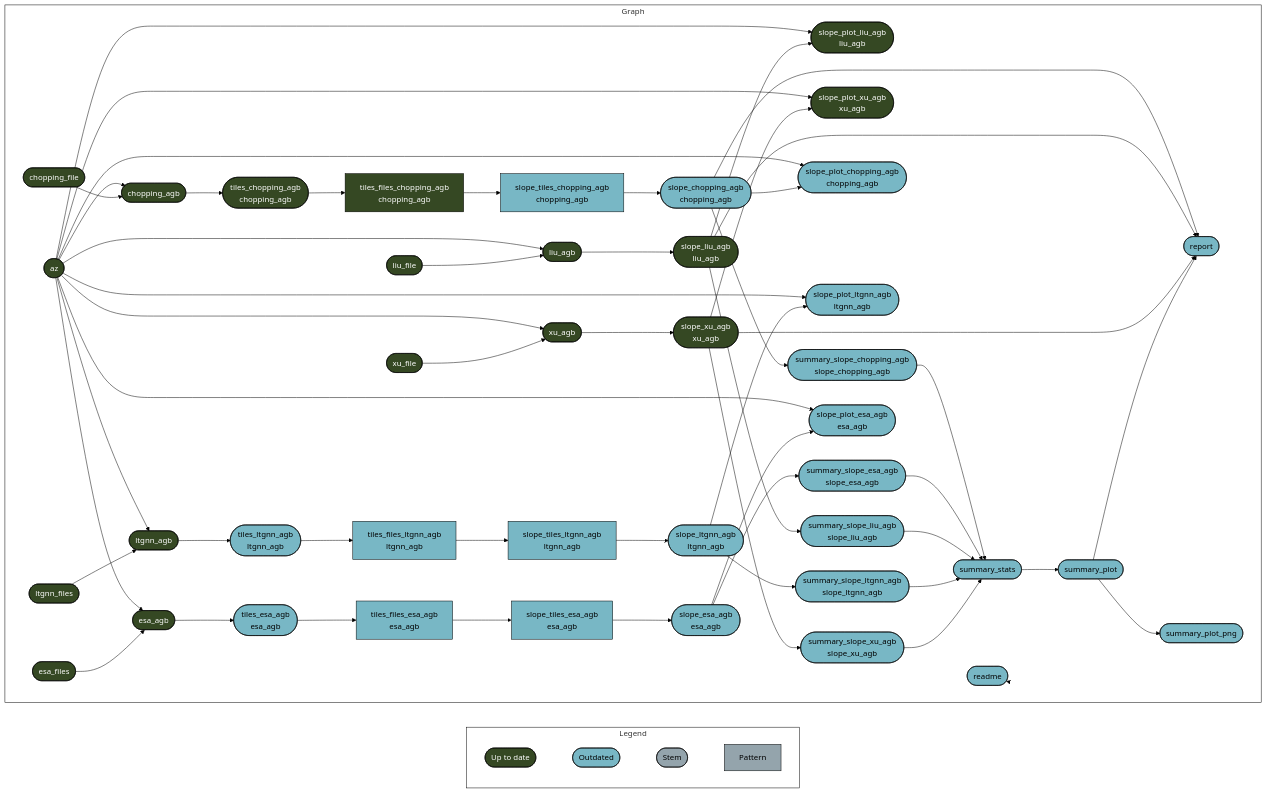
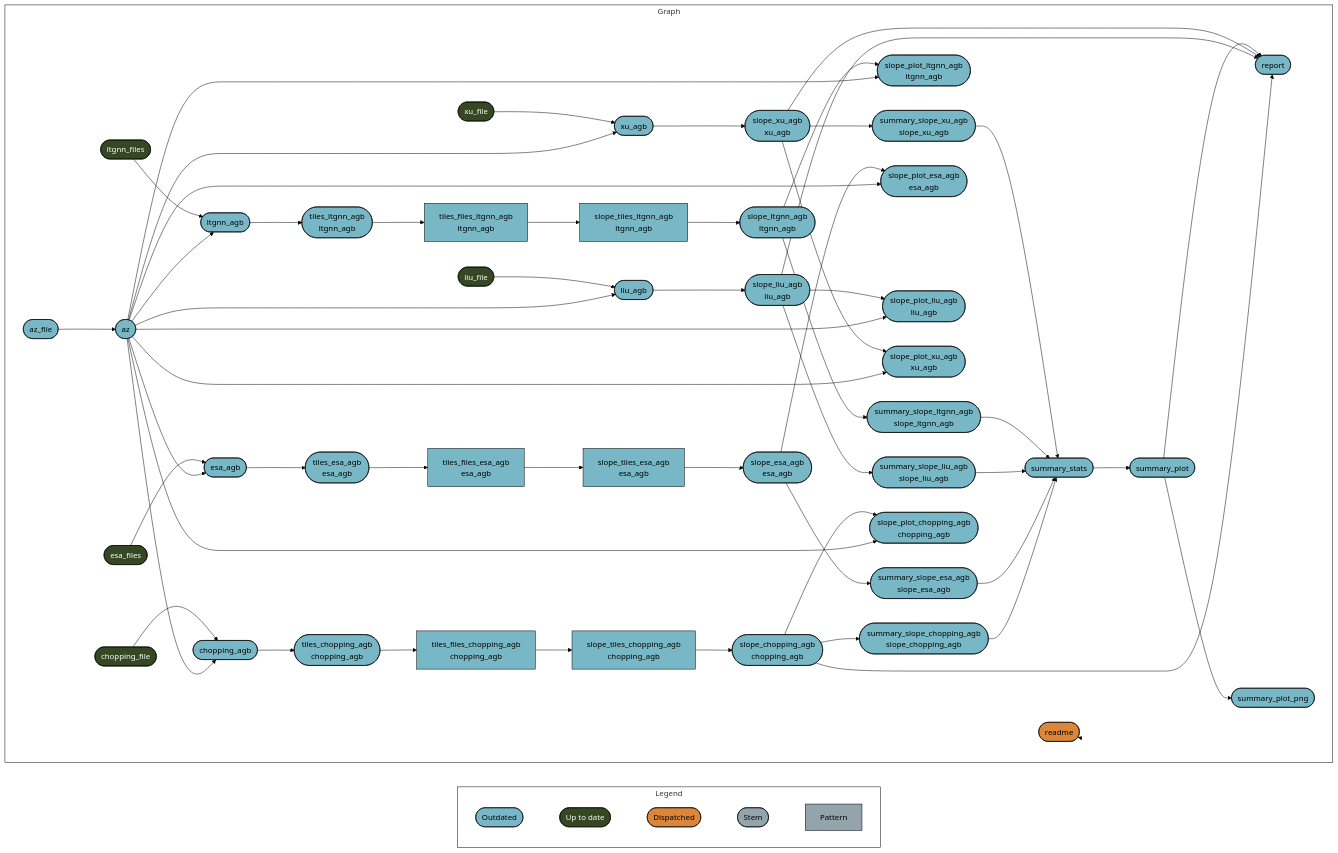
One commit to EcosystemEcologyLab/AZ-AGB-trend changed the diagram in README.md. Above: the diagram before and after it, drawn with Mermaid (forest theme). The commit also changed other lines of this file and 13 other files, not shown here.

````diff
--- a/README.md
+++ b/README.md
@@ -46,72 +48,76 @@
 ``` mermaid
 graph LR
   style Legend fill:#FFFFFF00,stroke:#000000;
   style Graph fill:#FFFFFF00,stroke:#000000;
   subgraph Legend
     direction LR
-    xf1522833a4d242c5([""Up to date""]):::uptodate --- x2db1ec7a48f65a9b([""Outdated""]):::outdated
-    x2db1ec7a48f65a9b([""Outdated""]):::outdated --- xd03d7c7dd2ddda2b([""Stem""]):::none
+    x2db1ec7a48f65a9b([""Outdated""]):::outdated --- xf1522833a4d242c5([""Up to date""]):::uptodate
+    xf1522833a4d242c5([""Up to date""]):::uptodate --- xb6630624a7b3aa0f([""Dispatched""]):::dispatched
+    xb6630624a7b3aa0f([""Dispatched""]):::dispatched --- xd03d7c7dd2ddda2b([""Stem""]):::none
     xd03d7c7dd2ddda2b([""Stem""]):::none --- x6f7e04ea3427f824[""Pattern""]:::none
   end
   subgraph Graph
     direction LR
-    xf99622c5fc8ef45a(["ltgnn_agb"]):::uptodate --> x7e3ed8ef27617b0c(["tiles_ltgnn_agb<br>ltgnn_agb"]):::outdated
-    xd175b91b13bd123d(["az"]):::uptodate --> x7b18c44a5b46e7c6(["slope_plot_liu_agb<br>liu_agb"]):::uptodate
-    x19861953fb240462(["slope_liu_agb<br>liu_agb"]):::uptodate --> x7b18c44a5b46e7c6(["slope_plot_liu_agb<br>liu_agb"]):::uptodate
-    xf4e158caecdccb15(["chopping_agb"]):::uptodate --> x6768884bc669c5f9(["tiles_chopping_agb<br>chopping_agb"]):::uptodate
-    xd175b91b13bd123d(["az"]):::uptodate --> xf99622c5fc8ef45a(["ltgnn_agb"]):::uptodate
-    x00f89745e3b925a1(["ltgnn_files"]):::uptodate --> xf99622c5fc8ef45a(["ltgnn_agb"]):::uptodate
-    x19861953fb240462(["slope_liu_agb<br>liu_agb"]):::uptodate --> x934c6d5503713b06(["summary_slope_liu_agb<br>slope_liu_agb"]):::outdated
+    x19861953fb240462(["slope_liu_agb<br>liu_agb"]):::outdated --> x934c6d5503713b06(["summary_slope_liu_agb<br>slope_liu_agb"]):::outdated
+    x9126df164c036a5c(["liu_agb"]):::outdated --> x19861953fb240462(["slope_liu_agb<br>liu_agb"]):::outdated
+    x7e3ed8ef27617b0c(["tiles_ltgnn_agb<br>ltgnn_agb"]):::outdated --> xd0c88814a818c03c["tiles_files_ltgnn_agb<br>ltgnn_agb"]:::outdated
+    x01a6772d1976e35e(["slope_ltgnn_agb<br>ltgnn_agb"]):::outdated --> xa16d430869e8e273(["summary_slope_ltgnn_agb<br>slope_ltgnn_agb"]):::outdated
+    xd175b91b13bd123d(["az"]):::outdated --> x7200ced56d430735(["slope_plot_ltgnn_agb<br>ltgnn_agb"]):::outdated
+    x01a6772d1976e35e(["slope_ltgnn_agb<br>ltgnn_agb"]):::outdated --> x7200ced56d430735(["slope_plot_ltgnn_agb<br>ltgnn_agb"]):::outdated
+    xd175b91b13bd123d(["az"]):::outdated --> x20b6251b56892c2a(["esa_agb"]):::outdated
+    x151ce04cb638b59b(["esa_files"]):::uptodate --> x20b6251b56892c2a(["esa_agb"]):::outdated
+    x2b62872927f90ba0(["slope_esa_agb<br>esa_agb"]):::outdated --> xb538f1edee56fb8e(["summary_slope_esa_agb<br>slope_esa_agb"]):::outdated
+    xd175b91b13bd123d(["az"]):::outdated --> x88a086ea53d4cf03(["slope_plot_esa_agb<br>esa_agb"]):::outdated
+    x2b62872927f90ba0(["slope_esa_agb<br>esa_agb"]):::outdated --> x88a086ea53d4cf03(["slope_plot_esa_agb<br>esa_agb"]):::outdated
+    xf12eae5dccac7288["tiles_files_esa_agb<br>esa_agb"]:::outdated --> xb8c4f257f8f5cc00["slope_tiles_esa_agb<br>esa_agb"]:::outdated
+    xd175b91b13bd123d(["az"]):::outdated --> x9126df164c036a5c(["liu_agb"]):::outdated
+    x19766d176d835c12(["liu_file"]):::uptodate --> x9126df164c036a5c(["liu_agb"]):::outdated
+    x1df925585a964a4f(["summary_stats"]):::outdated --> x000fd996de9c9b5d(["summary_plot"]):::outdated
+    xd175b91b13bd123d(["az"]):::outdated --> x7b18c44a5b46e7c6(["slope_plot_liu_agb<br>liu_agb"]):::outdated
+    x19861953fb240462(["slope_liu_agb<br>liu_agb"]):::outdated --> x7b18c44a5b46e7c6(["slope_plot_liu_agb<br>liu_agb"]):::outdated
+    x55cd1a25824d6c45(["xu_agb"]):::outdated --> x3bcb242414a73cf6(["slope_xu_agb<br>xu_agb"]):::outdated
+    xd175b91b13bd123d(["az"]):::outdated --> xc1dac2c05b606c65(["slope_plot_xu_agb<br>xu_agb"]):::outdated
+    x3bcb242414a73cf6(["slope_xu_agb<br>xu_agb"]):::outdated --> xc1dac2c05b606c65(["slope_plot_xu_agb<br>xu_agb"]):::outdated
+    x09b7490629889bf8["slope_tiles_chopping_agb<br>chopping_agb"]:::outdated --> x9035538e1c606cb6(["slope_chopping_agb<br>chopping_agb"]):::outdated
+    x4b1136645d9b9d11["slope_tiles_ltgnn_agb<br>ltgnn_agb"]:::outdated --> x01a6772d1976e35e(["slope_ltgnn_agb<br>ltgnn_agb"]):::outdated
     xb8c4f257f8f5cc00["slope_tiles_esa_agb<br>esa_agb"]:::outdated --> x2b62872927f90ba0(["slope_esa_agb<br>esa_agb"]):::outdated
+    xb5861ed11a909dd6["tiles_files_chopping_agb<br>chopping_agb"]:::outdated --> x09b7490629889bf8["slope_tiles_chopping_agb<br>chopping_agb"]:::outdated
+    x9035538e1c606cb6(["slope_chopping_agb<br>chopping_agb"]):::outdated --> x0d6d34d4d7cb30cd(["summary_slope_chopping_agb<br>slope_chopping_agb"]):::outdated
+    x20b6251b56892c2a(["esa_agb"]):::outdated --> xfd911c6a5ce68b32(["tiles_esa_agb<br>esa_agb"]):::outdated
     x9035538e1c606cb6(["slope_chopping_agb<br>chopping_agb"]):::outdated --> xb72891f20a5b8df1(["report"]):::outdated
-    x19861953fb240462(["slope_liu_agb<br>liu_agb"]):::uptodate --> xb72891f20a5b8df1(["report"]):::outdated
-    x3bcb242414a73cf6(["slope_xu_agb<br>xu_agb"]):::uptodate --> xb72891f20a5b8df1(["report"]):::outdated
+    x19861953fb240462(["slope_liu_agb<br>liu_agb"]):::outdated --> xb72891f20a5b8df1(["report"]):::outdated
+    x3bcb242414a73cf6(["slope_xu_agb<br>xu_agb"]):::outdated --> xb72891f20a5b8df1(["report"]):::outdated
     x000fd996de9c9b5d(["summary_plot"]):::outdated --> xb72891f20a5b8df1(["report"]):::outdated
-    xd175b91b13bd123d(["az"]):::uptodate --> xc1dac2c05b606c65(["slope_plot_xu_agb<br>xu_agb"]):::uptodate
-    x3bcb242414a73cf6(["slope_xu_agb<br>xu_agb"]):::uptodate --> xc1dac2c05b606c65(["slope_plot_xu_agb<br>xu_agb"]):::uptodate
-    x3bcb242414a73cf6(["slope_xu_agb<br>xu_agb"]):::uptodate --> x1c4a7d9fb56ed3d5(["summary_slope_xu_agb<br>slope_xu_agb"]):::outdated
-    xd175b91b13bd123d(["az"]):::uptodate --> x85cf752f78e30db8(["slope_plot_chopping_agb<br>chopping_agb"]):::outdated
+    x3bcb242414a73cf6(["slope_xu_agb<br>xu_agb"]):::outdated --> x1c4a7d9fb56ed3d5(["summary_slope_xu_agb<br>slope_xu_agb"]):::outdated
+    x000fd996de9c9b5d(["summary_plot"]):::outdated --> x14470e08f150281f(["summary_plot_png"]):::outdated
+    x75982fc74c8dba25(["az_file"]):::outdated --> xd175b91b13bd123d(["az"]):::outdated
+    xd175b91b13bd123d(["az"]):::outdated --> xf4e158caecdccb15(["chopping_agb"]):::outdated
+    x34fa7583752e3167(["chopping_file"]):::uptodate --> xf4e158caecdccb15(["chopping_agb"]):::outdated
+    xf4e158caecdccb15(["chopping_agb"]):::outdated --> x6768884bc669c5f9(["tiles_chopping_agb<br>chopping_agb"]):::outdated
+    xd0c88814a818c03c["tiles_files_ltgnn_agb<br>ltgnn_agb"]:::outdated --> x4b1136645d9b9d11["slope_tiles_ltgnn_agb<br>ltgnn_agb"]:::outdated
+    x6768884bc669c5f9(["tiles_chopping_agb<br>chopping_agb"]):::outdated --> xb5861ed11a909dd6["tiles_files_chopping_agb<br>chopping_agb"]:::outdated
+    xd175b91b13bd123d(["az"]):::outdated --> xf99622c5fc8ef45a(["ltgnn_agb"]):::outdated
+    x00f89745e3b925a1(["ltgnn_files"]):::uptodate --> xf99622c5fc8ef45a(["ltgnn_agb"]):::outdated
+    xf99622c5fc8ef45a(["ltgnn_agb"]):::outdated --> x7e3ed8ef27617b0c(["tiles_ltgnn_agb<br>ltgnn_agb"]):::outdated
+    xd175b91b13bd123d(["az"]):::outdated --> x85cf752f78e30db8(["slope_plot_chopping_agb<br>chopping_agb"]):::outdated
     x9035538e1c606cb6(["slope_chopping_agb<br>chopping_agb"]):::outdated --> x85cf752f78e30db8(["slope_plot_chopping_agb<br>chopping_agb"]):::outdated
-    xd175b91b13bd123d(["az"]):::uptodate --> xf4e158caecdccb15(["chopping_agb"]):::uptodate
-    x34fa7583752e3167(["chopping_file"]):::uptodate --> xf4e158caecdccb15(["chopping_agb"]):::uptodate
-    xd175b91b13bd123d(["az"]):::uptodate --> x7200ced56d430735(["slope_plot_ltgnn_agb<br>ltgnn_agb"]):::outdated
-    x01a6772d1976e35e(["slope_ltgnn_agb<br>ltgnn_agb"]):::outdated --> x7200ced56d430735(["slope_plot_ltgnn_agb<br>ltgnn_agb"]):::outdated
-    xd0c88814a818c03c["tiles_files_ltgnn_agb<br>ltgnn_agb"]:::outdated --> x4b1136645d9b9d11["slope_tiles_ltgnn_agb<br>ltgnn_agb"]:::outdated
-    x2b62872927f90ba0(["slope_esa_agb<br>esa_agb"]):::outdated --> xb538f1edee56fb8e(["summary_slope_esa_agb<br>slope_esa_agb"]):::outdated
-    xd175b91b13bd123d(["az"]):::uptodate --> x55cd1a25824d6c45(["xu_agb"]):::uptodate
-    x4f83a8bb6986eb55(["xu_file"]):::uptodate --> x55cd1a25824d6c45(["xu_agb"]):::uptodate
-    xf12eae5dccac7288["tiles_files_esa_agb<br>esa_agb"]:::outdated --> xb8c4f257f8f5cc00["slope_tiles_esa_agb<br>esa_agb"]:::outdated
-    x1df925585a964a4f(["summary_stats"]):::outdated --> x000fd996de9c9b5d(["summary_plot"]):::outdated
     xfd911c6a5ce68b32(["tiles_esa_agb<br>esa_agb"]):::outdated --> xf12eae5dccac7288["tiles_files_esa_agb<br>esa_agb"]:::outdated
-    xd175b91b13bd123d(["az"]):::uptodate --> x9126df164c036a5c(["liu_agb"]):::uptodate
-    x19766d176d835c12(["liu_file"]):::uptodate --> x9126df164c036a5c(["liu_agb"]):::uptodate
-    xb5861ed11a909dd6["tiles_files_chopping_agb<br>chopping_agb"]:::uptodate --> x09b7490629889bf8["slope_tiles_chopping_agb<br>chopping_agb"]:::outdated
-    x7e3ed8ef27617b0c(["tiles_ltgnn_agb<br>ltgnn_agb"]):::outdated --> xd0c88814a818c03c["tiles_files_ltgnn_agb<br>ltgnn_agb"]:::outdated
-    xd175b91b13bd123d(["az"]):::uptodate --> x20b6251b56892c2a(["esa_agb"]):::uptodate
-    x151ce04cb638b59b(["esa_files"]):::uptodate --> x20b6251b56892c2a(["esa_agb"]):::uptodate
-    x9126df164c036a5c(["liu_agb"]):::uptodate --> x19861953fb240462(["slope_liu_agb<br>liu_agb"]):::uptodate
-    x000fd996de9c9b5d(["summary_plot"]):::outdated --> x14470e08f150281f(["summary_plot_png"]):::outdated
-    x4b1136645d9b9d11["slope_tiles_ltgnn_agb<br>ltgnn_agb"]:::outdated --> x01a6772d1976e35e(["slope_ltgnn_agb<br>ltgnn_agb"]):::outdated
-    x55cd1a25824d6c45(["xu_agb"]):::uptodate --> x3bcb242414a73cf6(["slope_xu_agb<br>xu_agb"]):::uptodate
-    x09b7490629889bf8["slope_tiles_chopping_agb<br>chopping_agb"]:::outdated --> x9035538e1c606cb6(["slope_chopping_agb<br>chopping_agb"]):::outdated
-    x01a6772d1976e35e(["slope_ltgnn_agb<br>ltgnn_agb"]):::outdated --> xa16d430869e8e273(["summary_slope_ltgnn_agb<br>slope_ltgnn_agb"]):::outdated
-    xd175b91b13bd123d(["az"]):::uptodate --> x88a086ea53d4cf03(["slope_plot_esa_agb<br>esa_agb"]):::outdated
-    x2b62872927f90ba0(["slope_esa_agb<br>esa_agb"]):::outdated --> x88a086ea53d4cf03(["slope_plot_esa_agb<br>esa_agb"]):::outdated
-    x20b6251b56892c2a(["esa_agb"]):::uptodate --> xfd911c6a5ce68b32(["tiles_esa_agb<br>esa_agb"]):::outdated
-    x6768884bc669c5f9(["tiles_chopping_agb<br>chopping_agb"]):::uptodate --> xb5861ed11a909dd6["tiles_files_chopping_agb<br>chopping_agb"]:::uptodate
-    x9035538e1c606cb6(["slope_chopping_agb<br>chopping_agb"]):::outdated --> x0d6d34d4d7cb30cd(["summary_slope_chopping_agb<br>slope_chopping_agb"]):::outdated
     x0d6d34d4d7cb30cd(["summary_slope_chopping_agb<br>slope_chopping_agb"]):::outdated --> x1df925585a964a4f(["summary_stats"]):::outdated
     xb538f1edee56fb8e(["summary_slope_esa_agb<br>slope_esa_agb"]):::outdated --> x1df925585a964a4f(["summary_stats"]):::outdated
     x934c6d5503713b06(["summary_slope_liu_agb<br>slope_liu_agb"]):::outdated --> x1df925585a964a4f(["summary_stats"]):::outdated
     xa16d430869e8e273(["summary_slope_ltgnn_agb<br>slope_ltgnn_agb"]):::outdated --> x1df925585a964a4f(["summary_stats"]):::outdated
     x1c4a7d9fb56ed3d5(["summary_slope_xu_agb<br>slope_xu_agb"]):::outdated --> x1df925585a964a4f(["summary_stats"]):::outdated
-    xc11069275cfeb620(["readme"]):::outdated --> xc11069275cfeb620(["readme"]):::outdated
+    xd175b91b13bd123d(["az"]):::outdated --> x55cd1a25824d6c45(["xu_agb"]):::outdated
+    x4f83a8bb6986eb55(["xu_file"]):::uptodate --> x55cd1a25824d6c45(["xu_agb"]):::outdated
+    xc11069275cfeb620(["readme"]):::dispatched --> xc11069275cfeb620(["readme"]):::dispatched
   end
+  classDef outdated stroke:#000000,color:#000000,fill:#78B7C5;
   classDef uptodate stroke:#000000,color:#ffffff,fill:#354823;
-  classDef outdated stroke:#000000,color:#000000,fill:#78B7C5;
+  classDef dispatched stroke:#000000,color:#000000,fill:#DC863B;
   classDef none stroke:#000000,color:#000000,fill:#94a4ac;
   linkStyle 0 stroke-width:0px;
   linkStyle 1 stroke-width:0px;
   linkStyle 2 stroke-width:0px;
-  linkStyle 53 stroke-width:0px;
+  linkStyle 3 stroke-width:0px;
+  linkStyle 55 stroke-width:0px;
 ```
````
